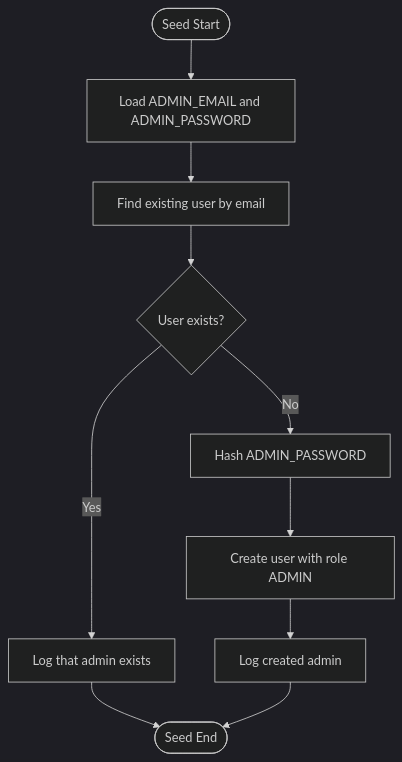
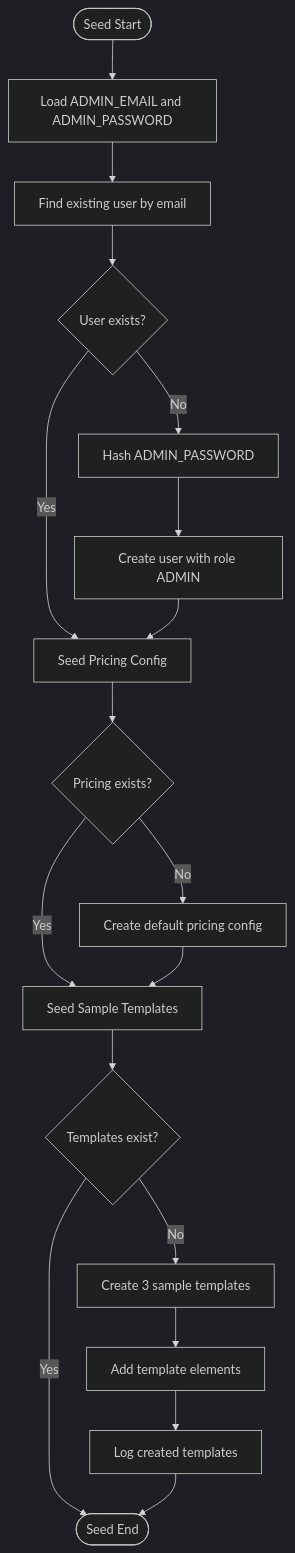
The fifth of 8 diagrams in .qoder/repowiki/en/content/Architecture Overview/Data Architecture.md (Crowdspender/titchybooks-app), drawn with Mermaid (dark theme) before and after one commit. The commit also changed other lines of this file and 62 other files, not shown here.

````diff
--- a/.qoder/repowiki/en/content/Architecture Overview/Data Architecture.md
+++ b/.qoder/repowiki/en/content/Architecture Overview/Data Architecture.md
@@ -289,12 +528,20 @@
 ```mermaid
 flowchart TD
 Start(["Seed Start"]) --> LoadEnv["Load ADMIN_EMAIL and ADMIN_PASSWORD"]
 LoadEnv --> FindUser["Find existing user by email"]
 FindUser --> Exists{"User exists?"}
-Exists --> |Yes| LogExists["Log that admin exists"]
+Exists --> |Yes| SeedPricing["Seed Pricing Config"]
 Exists --> |No| HashPwd["Hash ADMIN_PASSWORD"]
 HashPwd --> CreateUser["Create user with role ADMIN"]
-CreateUser --> LogCreated["Log created admin"]
-LogExists --> End(["Seed End"])
-LogCreated --> End
+CreateUser --> SeedPricing
+SeedPricing --> PricingExists{"Pricing exists?"}
+PricingExists --> |Yes| SeedTemplates["Seed Sample Templates"]
+PricingExists --> |No| CreatePricing["Create default pricing config"]
+CreatePricing --> SeedTemplates
+SeedTemplates --> TemplatesExist{"Templates exist?"}
+TemplatesExist --> |Yes| End(["Seed End"])
+TemplatesExist --> |No| CreateTemplates["Create 3 sample templates"]
+CreateTemplates --> AddElements["Add template elements"]
+AddElements --> LogTemplates["Log created templates"]
+LogTemplates --> End
 ```
````
